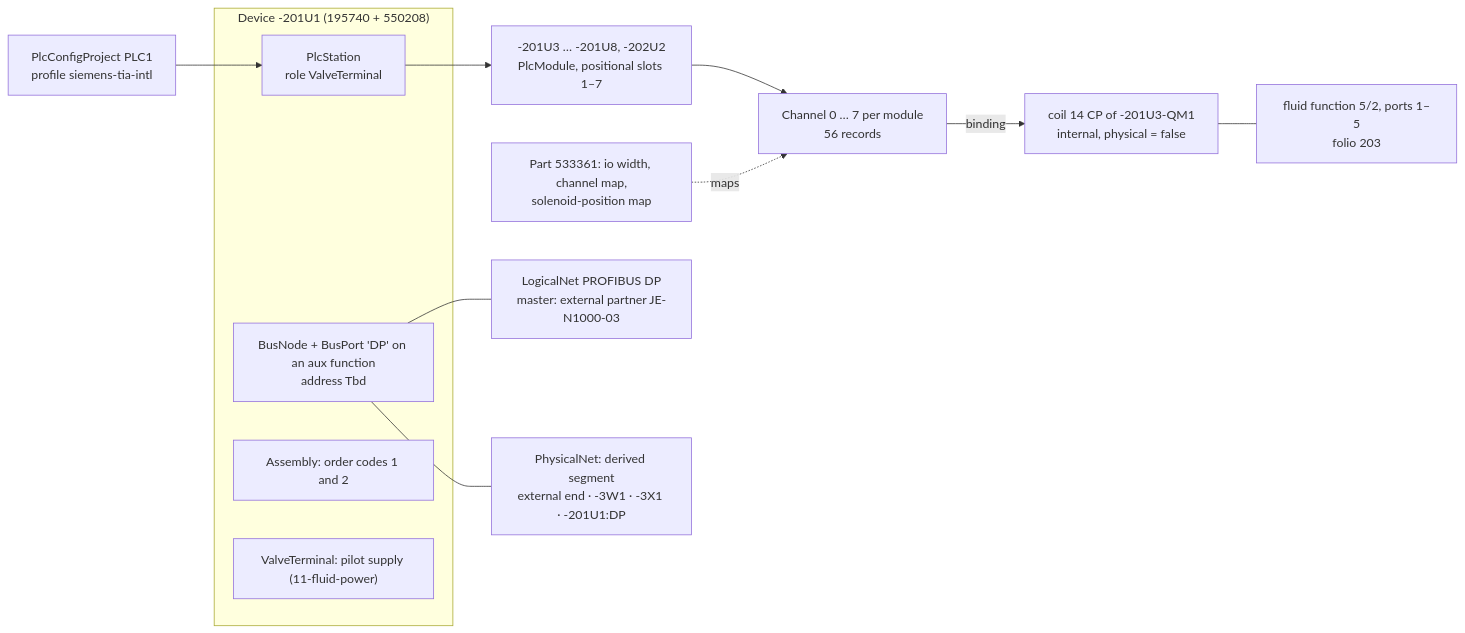
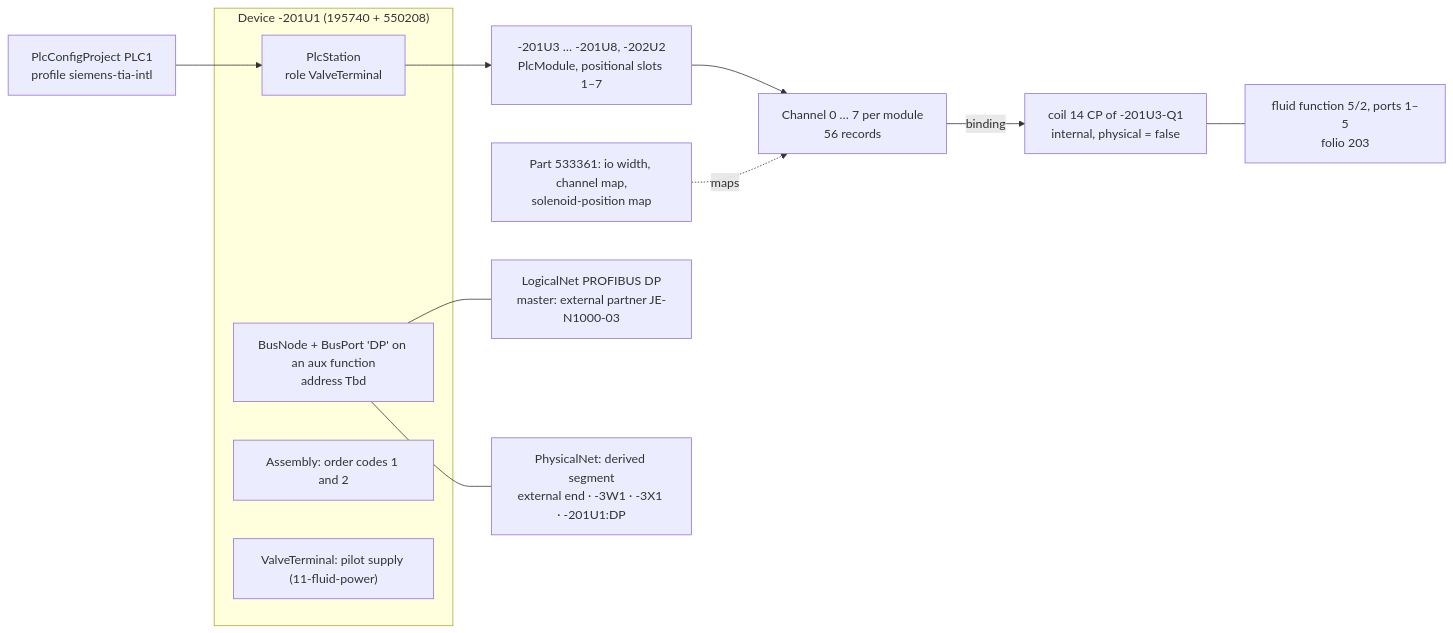
One commit to Ironkode787/ElektraWatt changed the first of 2 diagrams in docs/design/10-plc-and-bus.md. Above: the diagram before and after it, drawn with Mermaid. The commit also changed other lines of this file and 51 other files, not shown here.

````diff
--- a/docs/design/10-plc-and-bus.md
+++ b/docs/design/10-plc-and-bus.md
@@ -58,17 +58,17 @@
 ```mermaid
 flowchart LR
   CFG["PlcConfigProject PLC1<br/>profile siemens-tia-intl"] --> ST
   subgraph D1["Device -201U1 (195740 + 550208)"]
     ST["PlcStation<br/>role ValveTerminal"]
     BP["BusNode + BusPort 'DP' on an aux function<br/>address Tbd"]
     AS["Assembly: order codes 1 and 2"]
     VT["ValveTerminal: pilot supply (11-fluid-power)"]
   end
   ST --> MOD["-201U3 … -201U8, -202U2<br/>PlcModule, positional slots 1–7"]
   MOD --> CH["Channel 0 … 7 per module<br/>56 records"]
   PART["Part 533361: io width, channel map,<br/>solenoid-position map"] -.->|maps| CH
-  CH -- "binding" --> COIL["coil 14 CP of -201U3-QM1<br/>internal, physical = false"]
+  CH -- "binding" --> COIL["coil 14 CP of -201U3-Q1<br/>internal, physical = false"]
   COIL --- FLU["fluid function 5/2, ports 1–5<br/>folio 203"]
   BP --- LN["LogicalNet PROFIBUS DP<br/>master: external partner JE-N1000-03"]
   BP --- PN["PhysicalNet: derived segment<br/>external end · -3W1 · -3X1 · -201U1:DP"]
 ```
````
